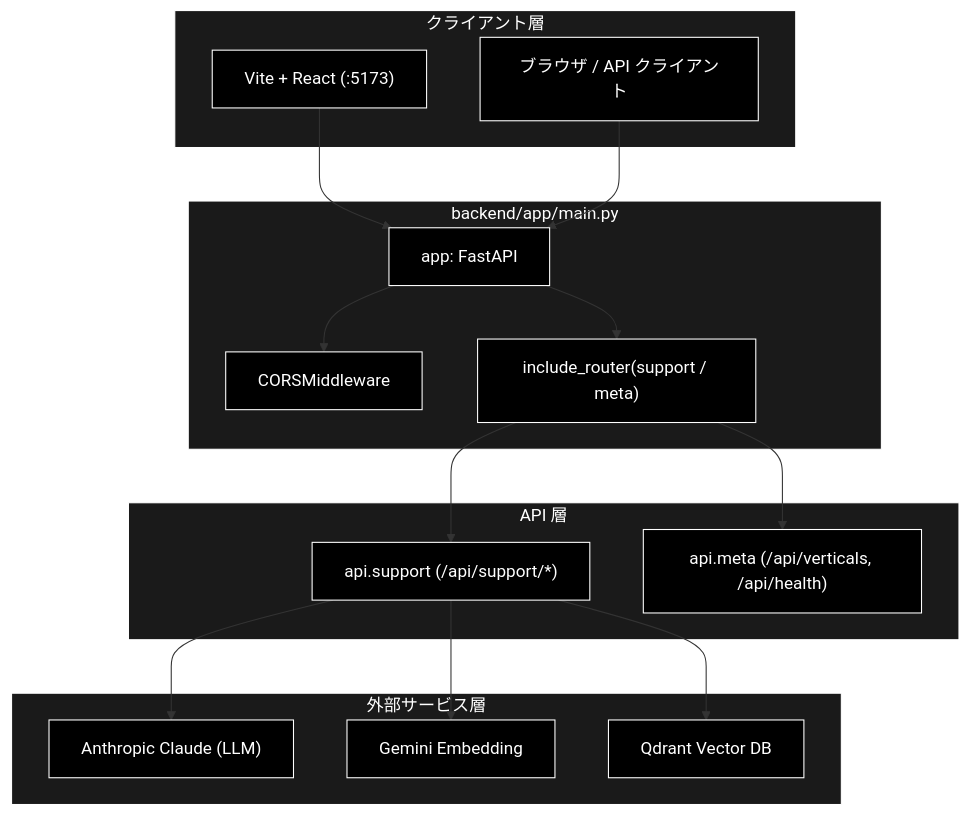
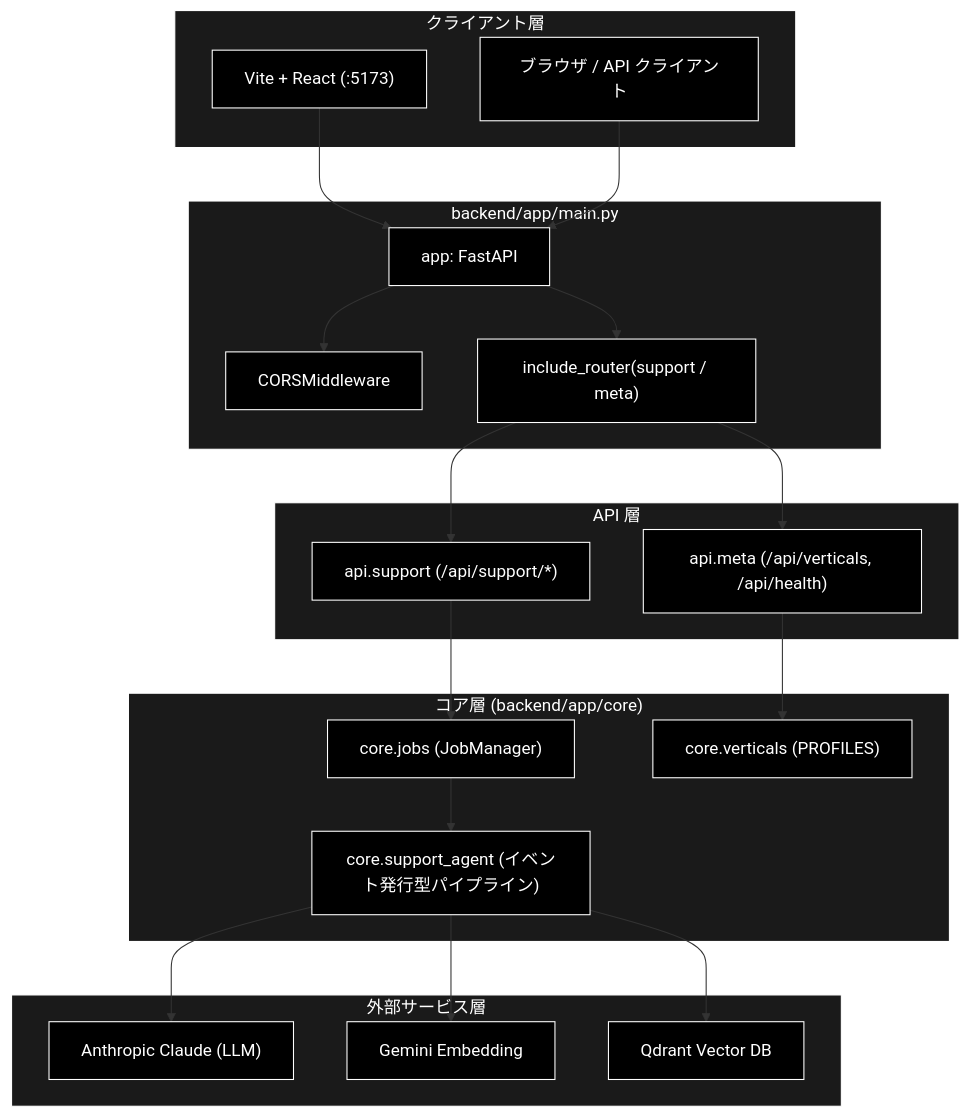
Before and after one commit to nakashima2toshio/grace_v2: the first of 3 diagrams in backend/docs/main.md, drawn with Mermaid. The commit also changed other lines of this file, not shown here.

First line of the commit message:
docs: backend/docs/main.md を backend/app/main.py と再突合して改善

````diff
--- a/backend/docs/main.md
+++ b/backend/docs/main.md
@@ -69,41 +69,51 @@
 ```mermaid
 flowchart TB
     subgraph CLIENT["クライアント層"]
         VITE["Vite + React (:5173)"]
         BROWSER["ブラウザ / API クライアント"]
     end
 
     subgraph MODULE["backend/app/main.py"]
         APP["app: FastAPI"]
         CORS["CORSMiddleware"]
         ROUTERS["include_router(support / meta)"]
     end
 
     subgraph APILAYER["API 層"]
         SUPPORT["api.support (/api/support/*)"]
         META["api.meta (/api/verticals, /api/health)"]
     end
 
+    subgraph CORELAYER["コア層 (backend/app/core)"]
+        JOBS["core.jobs (JobManager)"]
+        AGENT["core.support_agent (イベント発行型パイプライン)"]
+        VERT["core.verticals (PROFILES)"]
+    end
+
     subgraph EXTERNAL["外部サービス層"]
         ANTHROPIC["Anthropic Claude (LLM)"]
         GEMINI["Gemini Embedding"]
         QDRANT["Qdrant Vector DB"]
     end
 
     VITE --> APP
     BROWSER --> APP
     APP --> CORS
     APP --> ROUTERS
     ROUTERS --> SUPPORT
     ROUTERS --> META
-    SUPPORT --> ANTHROPIC
-    SUPPORT --> GEMINI
-    SUPPORT --> QDRANT
+    SUPPORT --> JOBS
+    JOBS --> AGENT
+    META --> VERT
+    AGENT --> ANTHROPIC
+    AGENT --> GEMINI
+    AGENT --> QDRANT
 classDef default fill:#000,stroke:#fff,color:#fff
 classDef subgraphStyle fill:#1a1a1a,stroke:#fff,color:#fff
-class VITE,BROWSER,APP,CORS,ROUTERS,SUPPORT,META,ANTHROPIC,GEMINI,QDRANT default
+class VITE,BROWSER,APP,CORS,ROUTERS,SUPPORT,META,JOBS,AGENT,VERT,ANTHROPIC,GEMINI,QDRANT default
 style CLIENT fill:#1a1a1a,stroke:#fff,color:#fff
 style MODULE fill:#1a1a1a,stroke:#fff,color:#fff
 style APILAYER fill:#1a1a1a,stroke:#fff,color:#fff
+style CORELAYER fill:#1a1a1a,stroke:#fff,color:#fff
 style EXTERNAL fill:#1a1a1a,stroke:#fff,color:#fff
 ```
````
